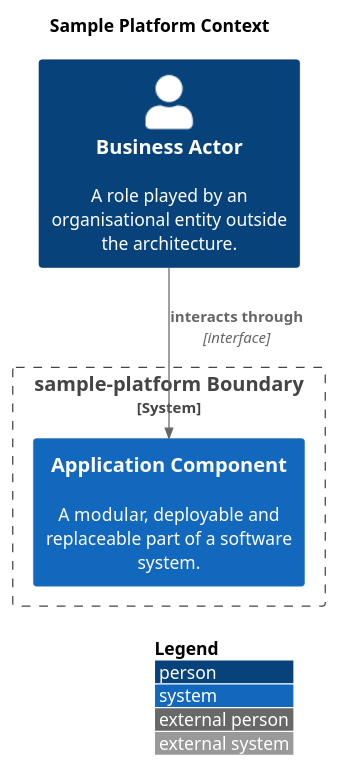
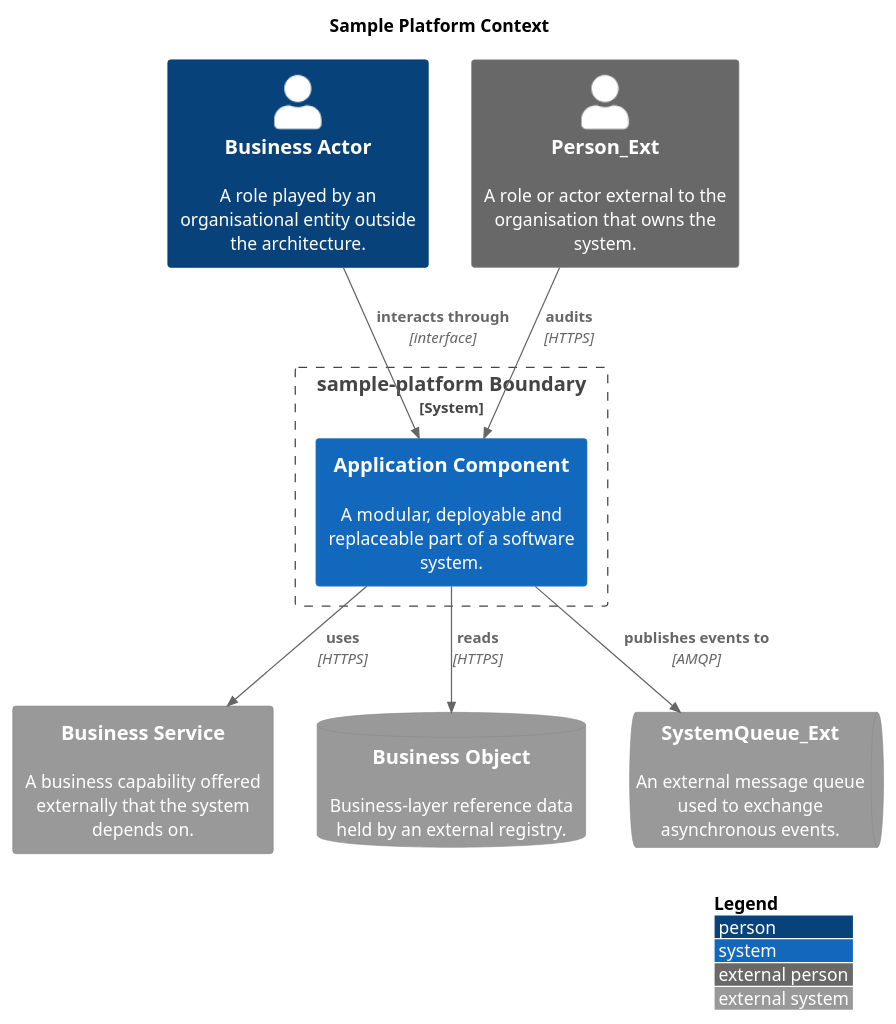
One commit to wolffy-au/frictionless-architect changed the diagram in sample-data/sample-01/sample-1-c4-context.puml. Above: the diagram before and after it, drawn with PlantUML. The commit also changed 5 other files, not shown here.

First line of the commit message:
feat(diagram-c4): map business-layer ArchiMate elements at Context level

```diff
--- a/sample-data/sample-01/sample-1-c4-context.puml
+++ b/sample-data/sample-01/sample-1-c4-context.puml
@@ -1,10 +1,20 @@
 @startuml Sample_Platform_C4_Context
 !include <C4/C4_Context>
 title Sample Platform Context
 LAYOUT_WITH_LEGEND()
 Person(BusinessActor, "Business Actor", "A role played by an organisational entity outside the architecture.")
 System_Boundary(system_boundary, "sample-platform Boundary") {
     System(AppComponent, "Application Component", "A modular, deployable and replaceable part of a software system.")
 }
+System_Ext(BusinessService, "Business Service", "A business capability offered externally that the system depends on.")
+SystemDb_Ext(BusinessObject, "Business Object", "Business-layer reference data held by an external registry.")
+' Person_Ext / SystemQueue_Ext have no ArchiMate type-based default — they
+' only ever come from an explicit c4=personExt / c4=externalQueue property.
+Person_Ext(Person_Ext, "Person_Ext", "A role or actor external to the organisation that owns the system.")
+SystemQueue_Ext(SystemQueue_Ext, "SystemQueue_Ext", "An external message queue used to exchange asynchronous events.")
 Rel(BusinessActor, AppComponent, "interacts through", "interface")
+Rel(AppComponent, BusinessService, "uses", "HTTPS")
+Rel(AppComponent, BusinessObject, "reads", "HTTPS")
+Rel(Person_Ext, AppComponent, "audits", "HTTPS")
+Rel(AppComponent, SystemQueue_Ext, "publishes events to", "AMQP")
 @enduml
```
